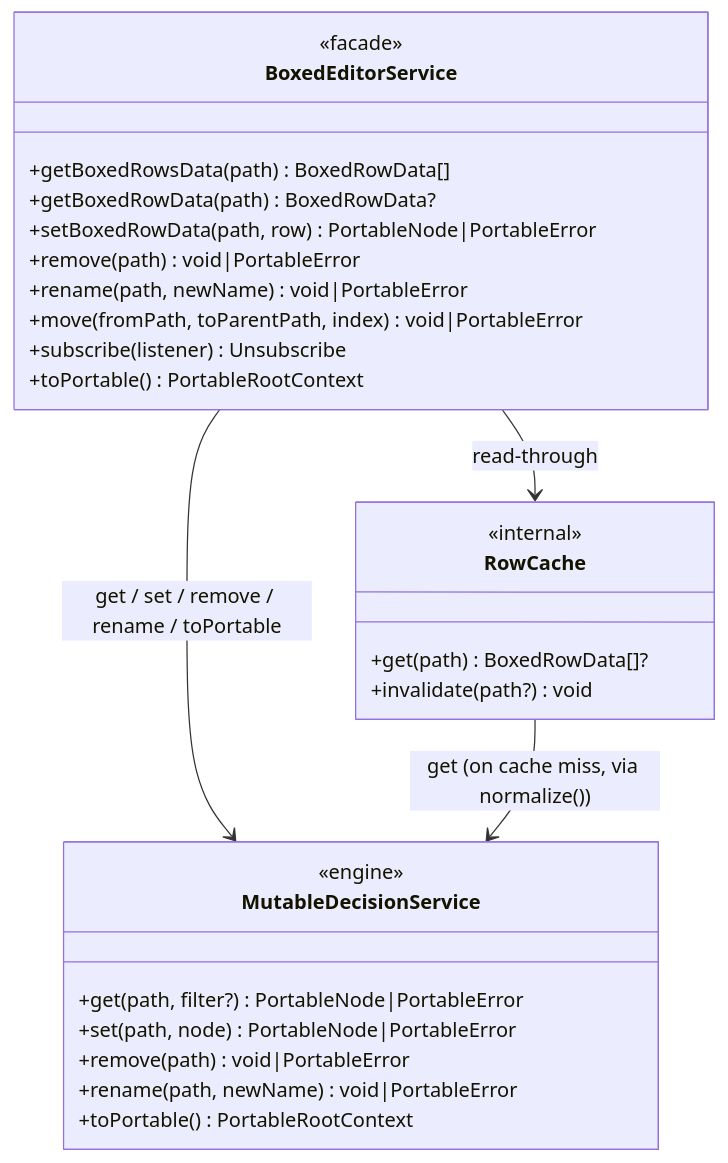
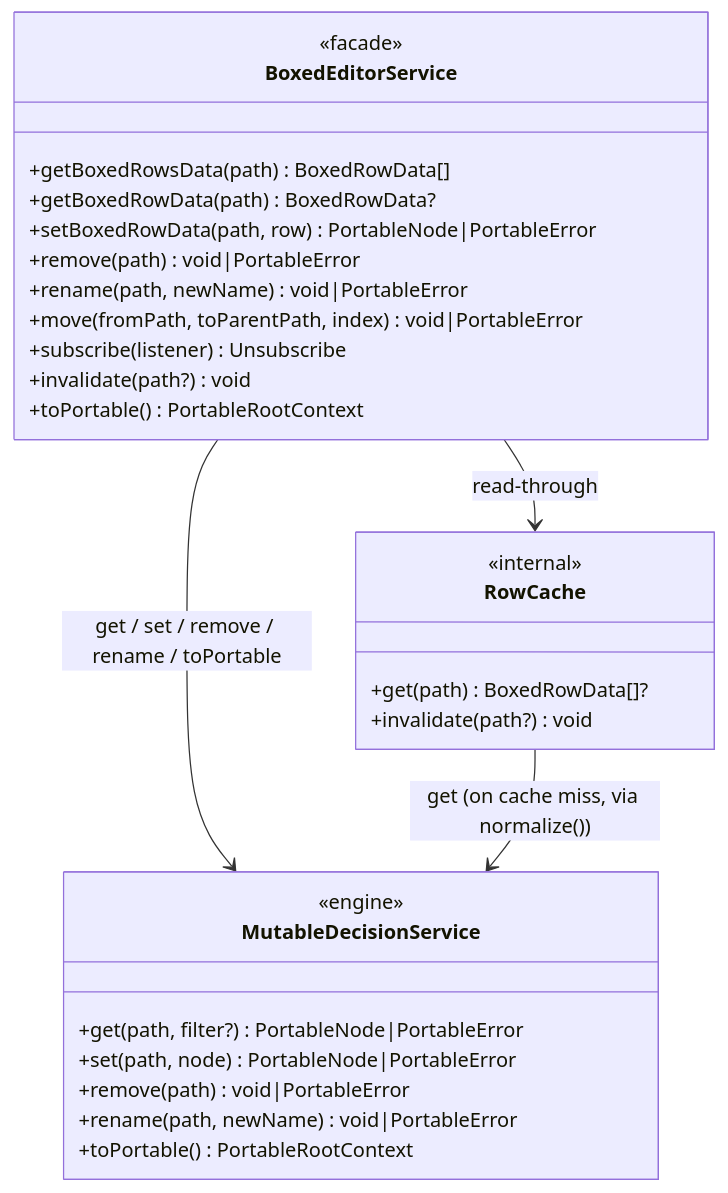
One commit to rimvydasb/edgerules-react changed the second of 3 diagrams in docs/BOXED_EDITOR_SERVICE_STORY.md. Above: the diagram before and after it, drawn with Mermaid. The commit also changed other lines of this file and 2 other files, not shown here.

````diff
--- a/docs/BOXED_EDITOR_SERVICE_STORY.md
+++ b/docs/BOXED_EDITOR_SERVICE_STORY.md
@@ -170,30 +214,31 @@
 ```mermaid
 classDiagram
     class BoxedEditorService {
         <<facade>>
         +getBoxedRowsData(path) BoxedRowData[]
         +getBoxedRowData(path) BoxedRowData?
         +setBoxedRowData(path, row) PortableNode|PortableError
         +remove(path) void|PortableError
         +rename(path, newName) void|PortableError
         +move(fromPath, toParentPath, index) void|PortableError
         +subscribe(listener) Unsubscribe
+        +invalidate(path?) void
         +toPortable() PortableRootContext
     }
     class RowCache {
         <<internal>>
         +get(path) BoxedRowData[]?
         +invalidate(path?) void
     }
     class MutableDecisionService {
         <<engine>>
         +get(path, filter?) PortableNode|PortableError
         +set(path, node) PortableNode|PortableError
         +remove(path) void|PortableError
         +rename(path, newName) void|PortableError
         +toPortable() PortableRootContext
     }
     BoxedEditorService --> RowCache: read-through
     BoxedEditorService --> MutableDecisionService: get / set / remove / rename / toPortable
     RowCache --> MutableDecisionService: get (on cache miss, via normalize())
 ```
````
